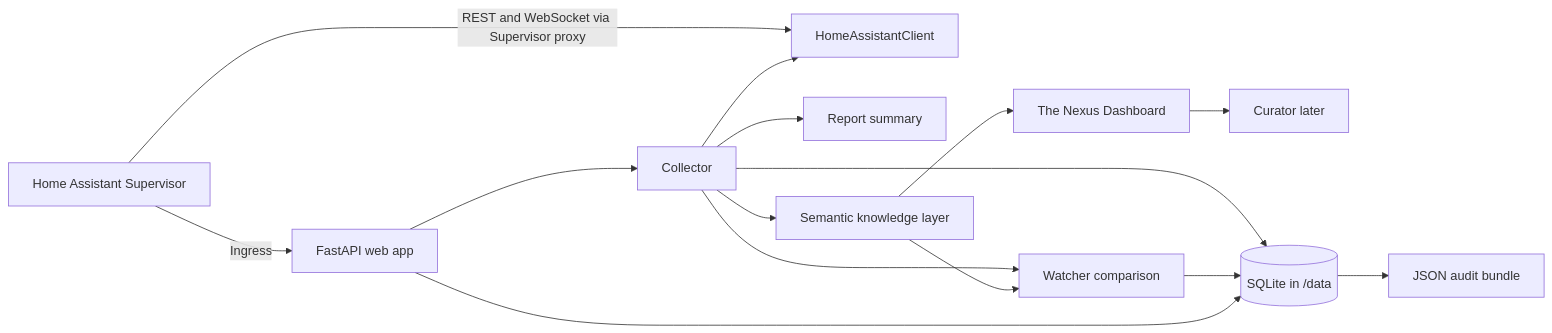
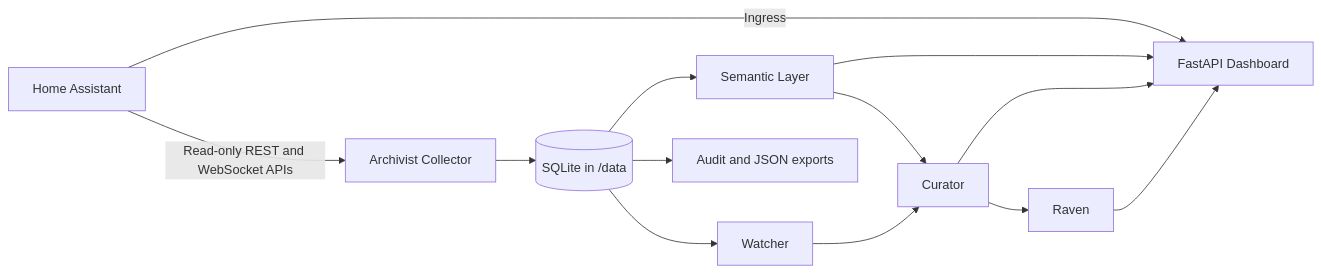
The diagram in docs/ARCHITECTURE.md (Humpadilo/The-Nexus), drawn with Mermaid before and after one commit. The commit also changed other lines of this file and 21 other files, not shown here.

````diff
--- a/docs/ARCHITECTURE.md
+++ b/docs/ARCHITECTURE.md
@@ -9,17 +134,15 @@
 ```mermaid
 flowchart LR
-    HA[Home Assistant Supervisor] -->|Ingress| UI[FastAPI web app]
-    HA -->|REST and WebSocket via Supervisor proxy| API[HomeAssistantClient]
-    UI --> COL[Collector]
-    COL --> API
-    COL --> REP[Report summary]
-    COL --> WATCH[Watcher comparison]
-    COL --> SEM[Semantic knowledge layer]
-    SEM --> DASH[The Nexus Dashboard]
-    DASH --> CUR[Curator later]
-    SEM --> WATCH
+    HA[Home Assistant] -->|Ingress| UI[FastAPI Dashboard]
+    HA -->|Read-only REST and WebSocket APIs| COL[Archivist Collector]
     COL --> DB[(SQLite in /data)]
-    WATCH --> DB
-    UI --> DB
-    DB --> JSON[JSON audit bundle]
+    DB --> SEM[Semantic Layer]
+    DB --> WATCH[Watcher]
+    SEM --> CUR[Curator]
+    SEM --> UI
+    WATCH --> CUR
+    CUR --> UI
+    CUR --> RAV[Raven]
+    RAV --> UI
+    DB --> JSON[Audit and JSON exports]
 ```
````
